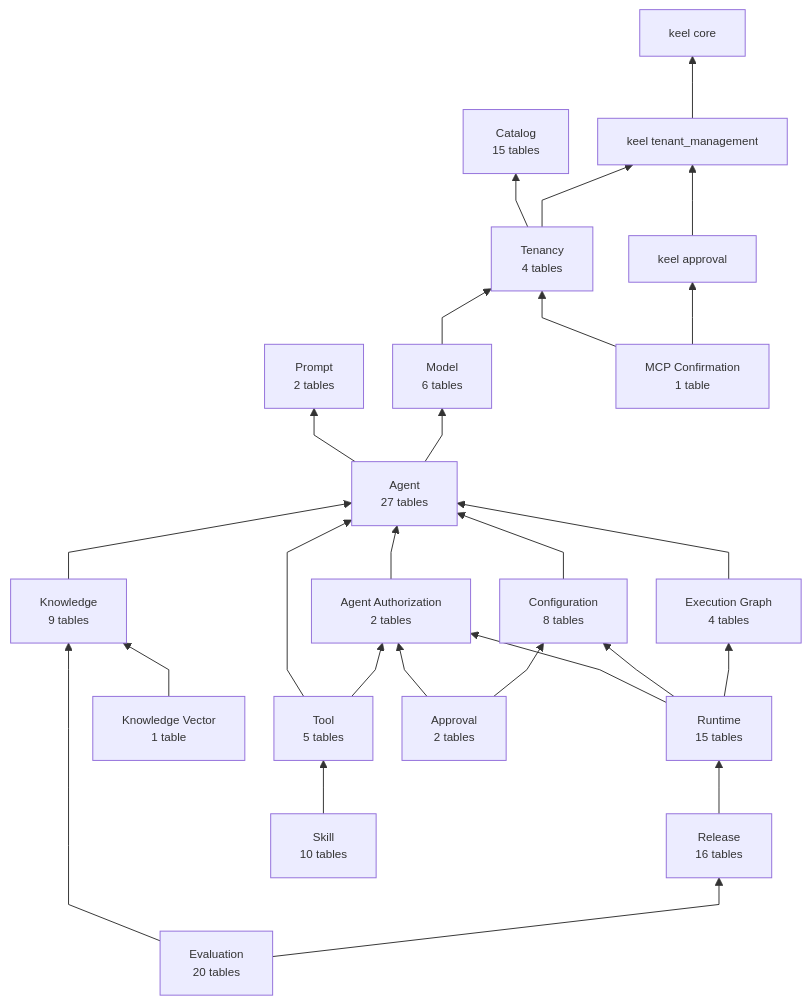
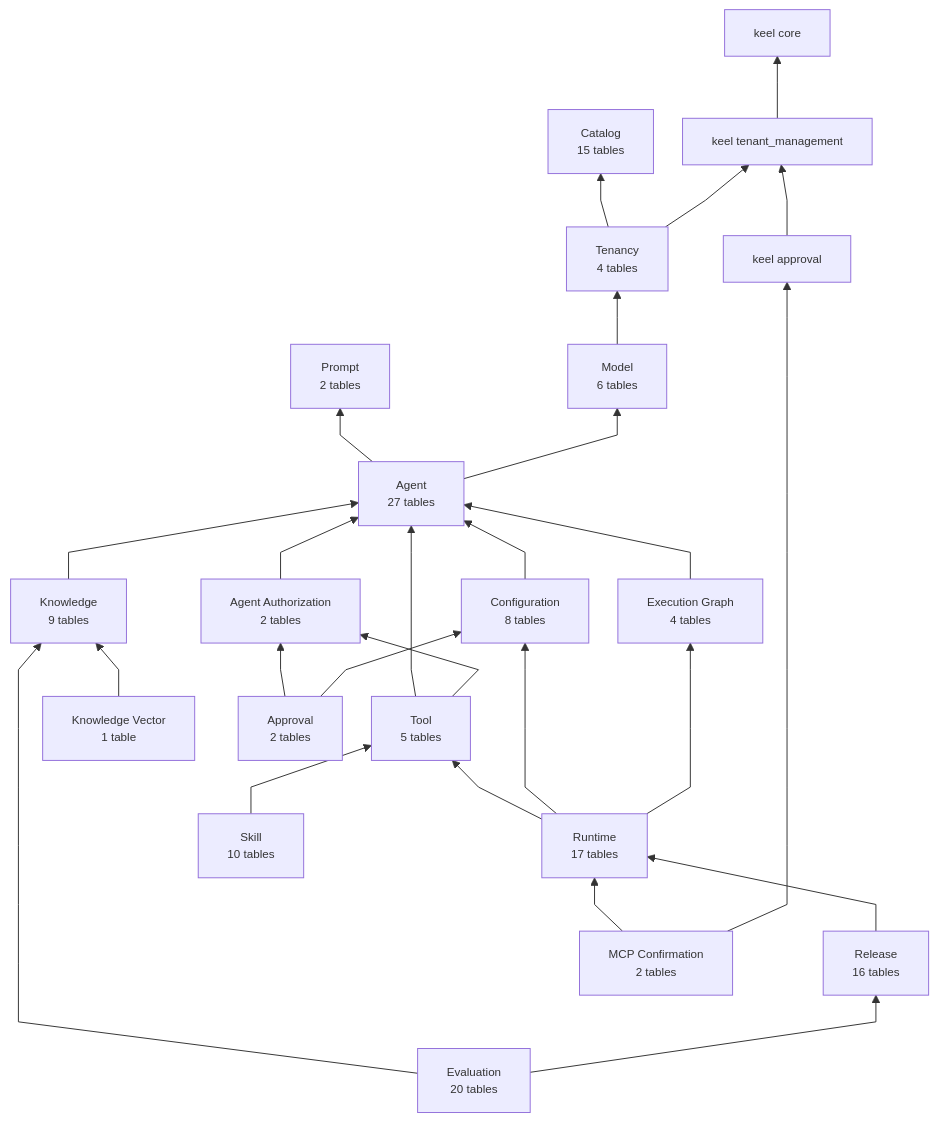
The first of 21 diagrams in doc/database.md (nauticana/scout), drawn with Mermaid before and after one commit. The commit also changed other lines of this file and 110 other files, not shown here.

````diff
--- a/doc/database.md
+++ b/doc/database.md
@@ -21,51 +21,51 @@
 ```mermaid
 %%{init: {"flowchart": {"curve": "linear", "nodeSpacing": 30, "rankSpacing": 55, "diagramPadding": 12}, "themeVariables": {"fontSize": "12px"}}}%%
 flowchart BT
 
     tenant_management --> core
     tenancy --> catalog
     tenancy --> tenant_management
     model --> tenancy
     agent --> prompt
     agent --> model
     tool --> agent
     tool --> agent_authorization_module
     knowledge --> agent
     configuration_module --> agent
     execution_graph_module --> agent
     agent_authorization_module --> agent
     knowledge_vector --> knowledge
-    runtime --> agent_authorization_module
+    runtime --> tool
     runtime --> configuration_module
     runtime --> execution_graph_module
     release --> runtime
     evaluation --> knowledge
     evaluation --> release
     approval --> agent_authorization_module
     approval --> configuration_module
     skill --> tool
-    mcp_confirmation --> tenancy
+    mcp_confirmation --> runtime
     mcp_confirmation --> keel_approval
     keel_approval --> tenant_management
 
     core["keel core"]
     tenant_management["keel tenant_management"]
     keel_approval["keel approval"]
     catalog["Catalog<br/>15 tables"]
     tenancy["Tenancy<br/>4 tables"]
     prompt["Prompt<br/>2 tables"]
     model["Model<br/>6 tables"]
     agent["Agent<br/>27 tables"]
     tool["Tool<br/>5 tables"]
     execution_graph_module["Execution Graph<br/>4 tables"]
     knowledge["Knowledge<br/>9 tables"]
     knowledge_vector["Knowledge Vector<br/>1 table"]
-    runtime["Runtime<br/>15 tables"]
+    runtime["Runtime<br/>17 tables"]
     release["Release<br/>16 tables"]
     evaluation["Evaluation<br/>20 tables"]
     agent_authorization_module["Agent Authorization<br/>2 tables"]
     configuration_module["Configuration<br/>8 tables"]
     approval["Approval<br/>2 tables"]
     skill["Skill<br/>10 tables"]
-    mcp_confirmation["MCP Confirmation<br/>1 table"]
+    mcp_confirmation["MCP Confirmation<br/>2 tables"]
 ```
````
